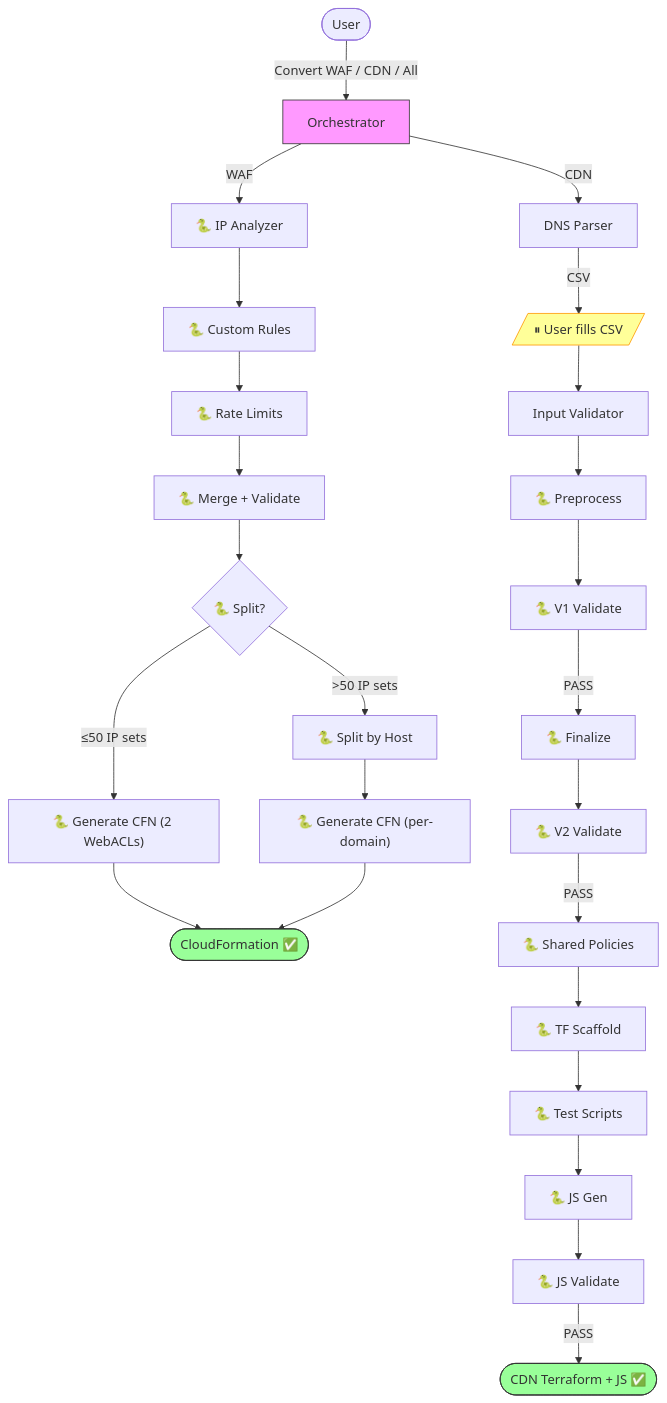
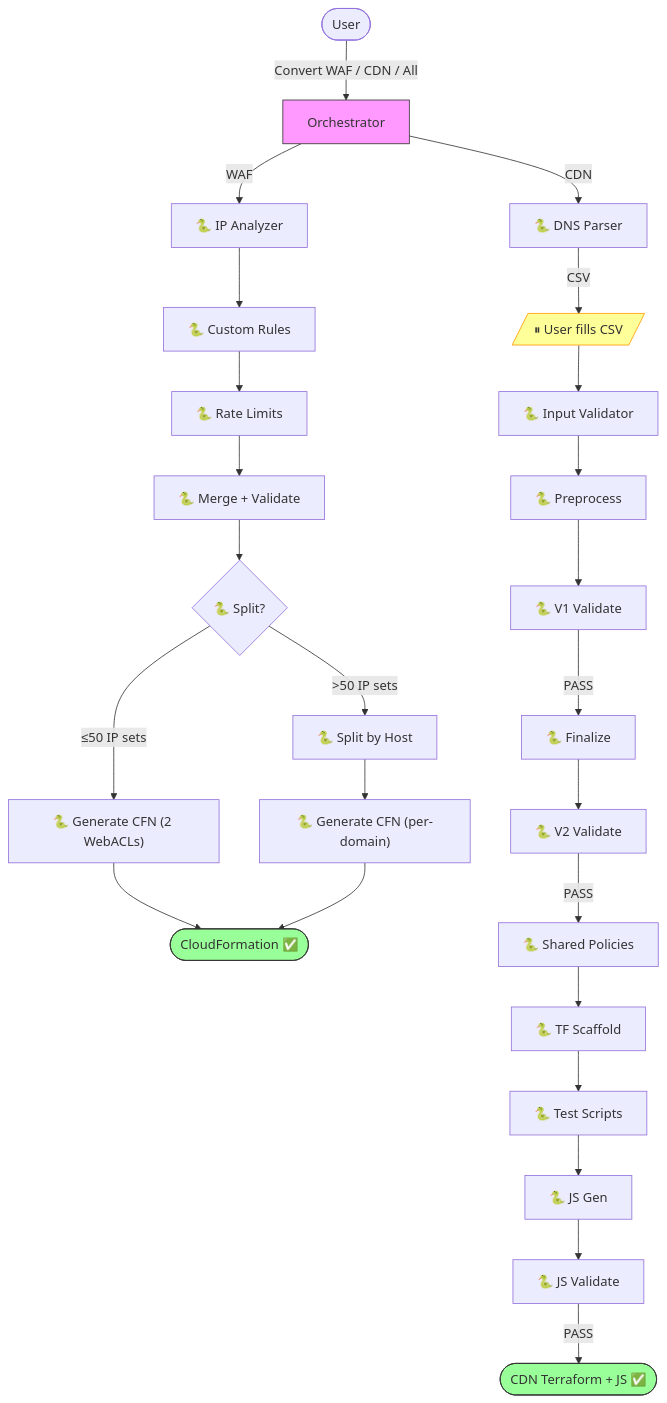
Before and after one commit to chenghit/cloudflare-aws-edge-config-converter: the diagram in README.md, drawn with Mermaid. The commit also changed other lines of this file and 11 other files, not shown here.

````diff
--- a/README.md
+++ b/README.md
@@ -85,25 +82,25 @@
 ```mermaid
 flowchart TD
     User([User]) -->|"Convert WAF / CDN / All"| Main["Orchestrator"]
 
     Main -->|WAF| WAF_A1["🐍 IP Analyzer"] --> WAF_A2["🐍 Custom Rules"] --> WAF_A3["🐍 Rate Limits"] --> WAF_M["🐍 Merge + Validate"] --> WAF_S{"🐍 Split?"} -->|"≤50 IP sets"| WAF_G["🐍 Generate CFN (2 WebACLs)"] --> WAF_Done([CloudFormation ✅])
     WAF_S -->|">50 IP sets"| WAF_SP["🐍 Split by Host"] --> WAF_GP["🐍 Generate CFN (per-domain)"] --> WAF_Done
 
-    Main -->|CDN| CDN1["DNS Parser"] -->|CSV| Pause[/"⏸ User fills CSV"/]
-    Pause --> CDN2["Input Validator"]
+    Main -->|CDN| CDN1["🐍 DNS Parser"] -->|CSV| Pause[/"⏸ User fills CSV"/]
+    Pause --> CDN2["🐍 Input Validator"]
     CDN2 --> CDN3["🐍 Preprocess"]
     CDN3 --> CDN4["🐍 V1 Validate"]
     CDN4 -->|PASS| CDN5["🐍 Finalize"]
     CDN5 --> CDN6["🐍 V2 Validate"]
     CDN6 -->|PASS| CDN7["🐍 Shared Policies"]
     CDN7 --> CDN75["🐍 TF Scaffold"]
     CDN75 --> CDN76["🐍 Test Scripts"]
     CDN76 --> CDN8["🐍 JS Gen"]
     CDN8 --> CDN9["🐍 JS Validate"]
     CDN9 -->|PASS| CDN_Done([CDN Terraform + JS ✅])
 
     style Main fill:#f9f,stroke:#333
     style Pause fill:#ff9,stroke:#f90
     style WAF_Done fill:#9f9,stroke:#333
     style CDN_Done fill:#9f9,stroke:#333
 ```
````
